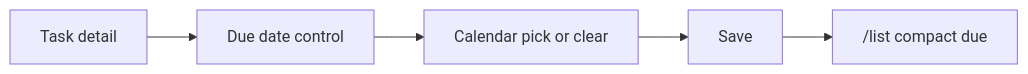
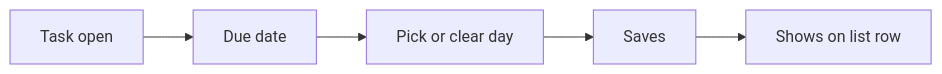
One commit to wildan-png/todoAppWorkflow-design changed diagram 14 of 28 in research/user-journeys.md. Above: the diagram before and after it, drawn with Mermaid. The commit also changed other lines of this file, not shown here.

First line of the commit message:
docs: humanize user journey copy (Part A, steps, diagrams)

````diff
--- a/research/user-journeys.md
+++ b/research/user-journeys.md
@@ -560,7 +560,7 @@
 ```mermaid
 flowchart LR
-  D[Task detail] --> P[Due date control]
-  P --> C[Calendar pick or clear]
-  C --> S[Save]
-  S --> L["/list compact due"]
+  D[Task open] --> P[Due date]
+  P --> C[Pick or clear day]
+  C --> S[Saves]
+  S --> L[Shows on list row]
 ```
````
